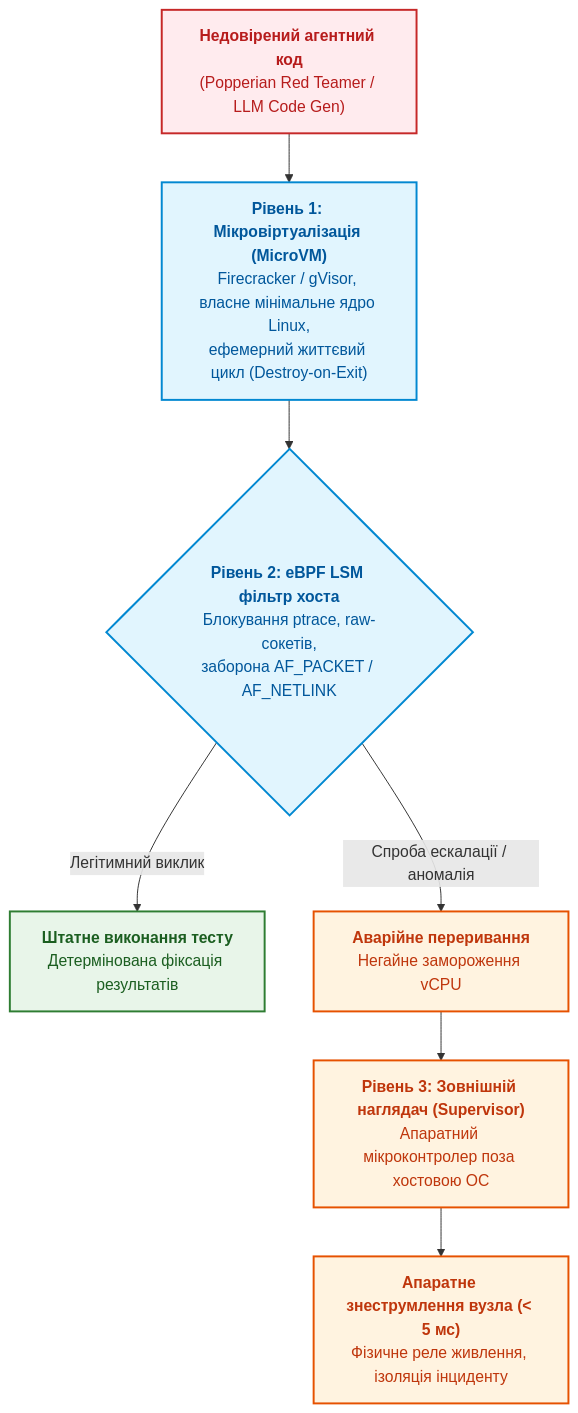
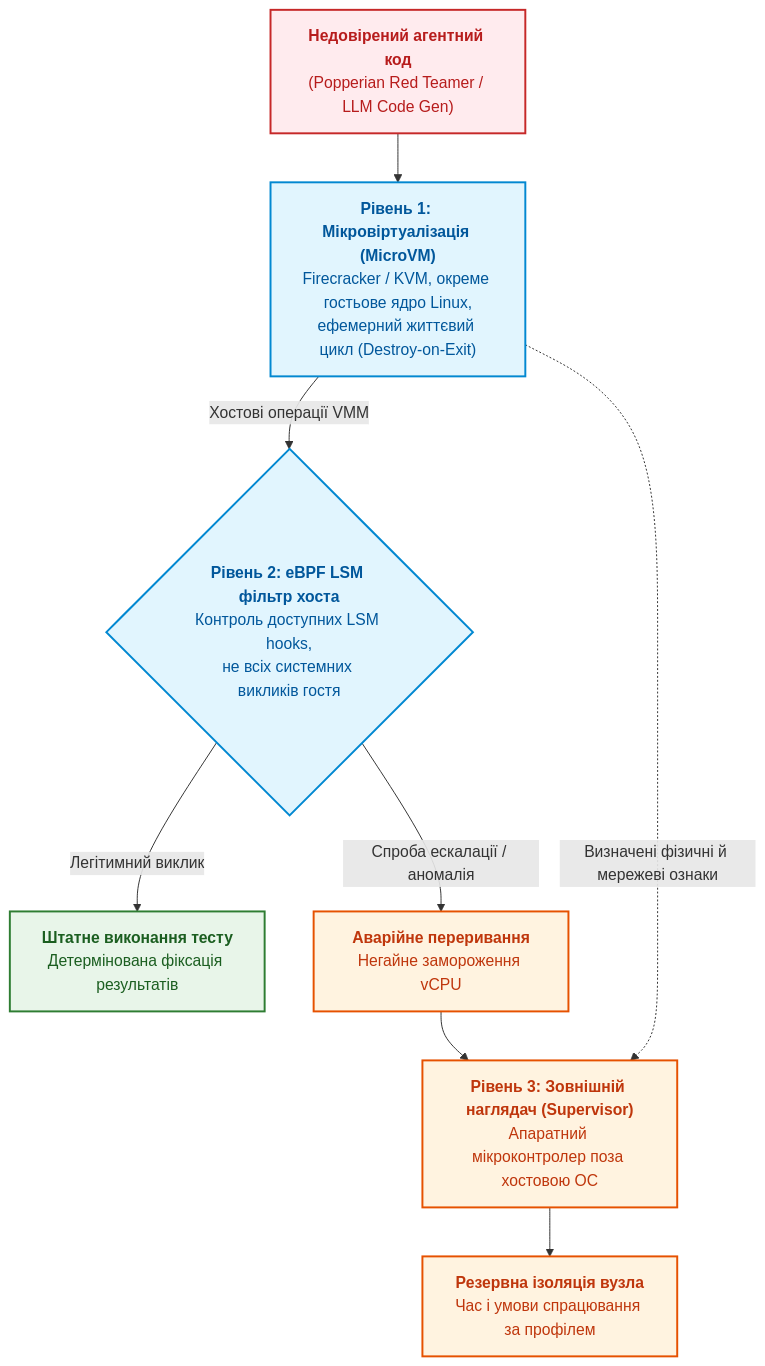
The eighth of 9 diagrams in ExpertSystem/ch36-knowledge-testing-pyramid-and-variational-calibration.md (nick-fedchik/articles), drawn with Mermaid before and after one commit. The commit also changed other lines of this file and 4 other files, not shown here.

````diff
--- a/ExpertSystem/ch36-knowledge-testing-pyramid-and-variational-calibration.md
+++ b/ExpertSystem/ch36-knowledge-testing-pyramid-and-variational-calibration.md
@@ -573,27 +580,28 @@
 ```mermaid
 flowchart TD
     accTitle: Багатоешелонована архітектура ізоляції агентного пісочника
-    accDescr: Трирівневий ешелон захисту від втечі агента: MicroVM, ядровий eBPF LSM фільтр системних викликів та апаратний супервізор аварійного знеструмлення.
+	accDescr: Концептуальні захисні механізми: MicroVM, LSM для хостових операцій VMM та незалежне спостереження наглядача. Схема не доводить повноти виявлення або незалежності відмов.
 
-    Agent["<b>Недовірений агентний код</b><br/>(Popperian Red Teamer / LLM Code Gen)"] --> VM["<b>Рівень 1: Мікровіртуалізація (MicroVM)</b><br/>Firecracker / gVisor, власне мінімальне ядро Linux,<br/>ефемерний життєвий цикл (Destroy-on-Exit)"]
+	Agent["<b>Недовірений агентний код</b><br/>(Popperian Red Teamer / LLM Code Gen)"] --> VM["<b>Рівень 1: Мікровіртуалізація (MicroVM)</b><br/>Firecracker / KVM, окреме гостьове ядро Linux,<br/>ефемерний життєвий цикл (Destroy-on-Exit)"]
     
-    VM --> LSM{"<b>Рівень 2: eBPF LSM фільтр хоста</b><br/>Блокування ptrace, raw-сокетів,<br/>заборона AF_PACKET / AF_NETLINK"}
+	VM -->|"Хостові операції VMM"| LSM{"<b>Рівень 2: eBPF LSM фільтр хоста</b><br/>Контроль доступних LSM hooks,<br/>не всіх системних викликів гостя"}
 
     LSM -->|Легітимний виклик| Exec["<b>Штатне виконання тесту</b><br/>Детермінована фіксація результатів"]
     
     LSM -->|Спроба ескалації / аномалія| Alert["<b>Аварійне переривання</b><br/>Негайне замороження vCPU"]
 
-    Alert --> HW["<b>Рівень 3: Зовнішній наглядач (Supervisor)</b><br/>Апаратний мікроконтролер поза хостовою ОС"]
+	Alert --> HW["<b>Рівень 3: Зовнішній наглядач (Supervisor)</b><br/>Апаратний мікроконтролер поза хостовою ОС"]
+	VM -.->|"Визначені фізичні й мережеві ознаки"| HW
     
-    HW --> PowerCut["<b>Апаратне знеструмлення вузла (< 5 мс)</b><br/>Фізичне реле живлення, ізоляція інциденту"]
+	HW --> PowerCut["<b>Резервна ізоляція вузла</b><br/>Час і умови спрацювання за профілем"]
 
     classDef red fill:#ffebee,stroke:#c62828,stroke-width:2px,color:#b71c1c;
     classDef blue fill:#e1f5fe,stroke:#0288d1,stroke-width:2px,color:#01579b;
     classDef green fill:#e8f5e9,stroke:#2e7d32,stroke-width:2px,color:#1b5e20;
     classDef warn fill:#fff3e0,stroke:#e65100,stroke-width:2px,color:#bf360c;
 
     class Agent red;
     class VM,LSM blue;
     class Exec green;
     class Alert,HW,PowerCut warn;
 ```
````
